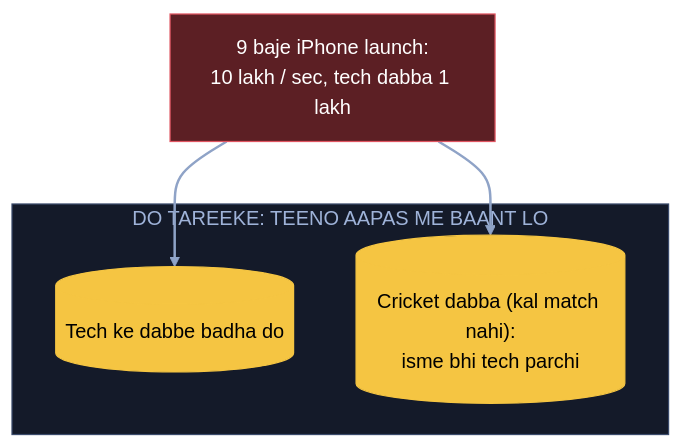
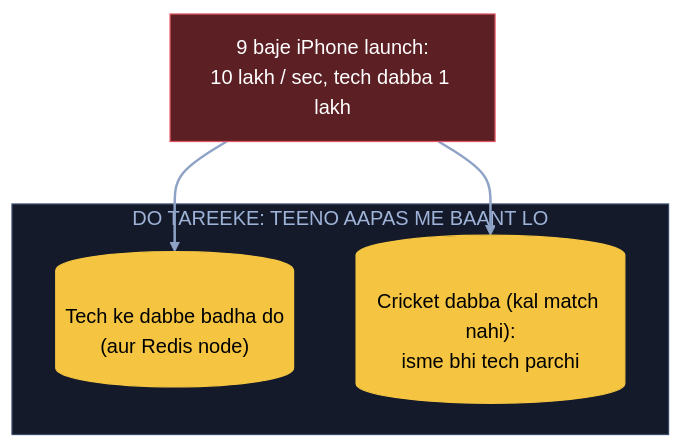
Before and after one commit to ArpanMaheshwari144/Prep: the ninth of 14 diagrams in 04_HLD/SYSTEM_DESIGNS/08_news_aggregator/08_news_aggregator.md, drawn with Mermaid. The commit also changed other lines of this file and 20 other files, not shown here.

Commit message:
HLD main files: diagram me kahani shabd + bracket me asli naam (21 design, 182 label)

````diff
--- a/04_HLD/SYSTEM_DESIGNS/08_news_aggregator/08_news_aggregator.md
+++ b/04_HLD/SYSTEM_DESIGNS/08_news_aggregator/08_news_aggregator.md
@@ -336,16 +336,16 @@
 ```mermaid
 flowchart TB
     F["9 baje iPhone launch:<br/>10 lakh / sec, tech dabba 1 lakh"]:::bad
     subgraph DT["DO TAREEKE: TEENO AAPAS ME BAANT LO"]
-        A[("Tech ke dabbe badha do")]:::pill
+        A[("Tech ke dabbe badha do<br/>(aur Redis node)")]:::pill
         B[("Cricket dabba (kal match nahi):<br/>isme bhi tech parchi")]:::pill
     end
     F --> A
     F --> B
     linkStyle default stroke:#8fa3c7,stroke-width:2px
     classDef card fill:#1e2638,stroke:#3a4a6b,color:#e8ecf5
     classDef pill fill:#f5c542,stroke:#f5c542,color:#000
     classDef good fill:#2e7d4f,stroke:#3fbf6f,color:#fff
     classDef bad fill:#5c1f24,stroke:#e05561,color:#fff
     style DT fill:#141a29,stroke:#3a4a6b,color:#9fb3d9
 ```
````
